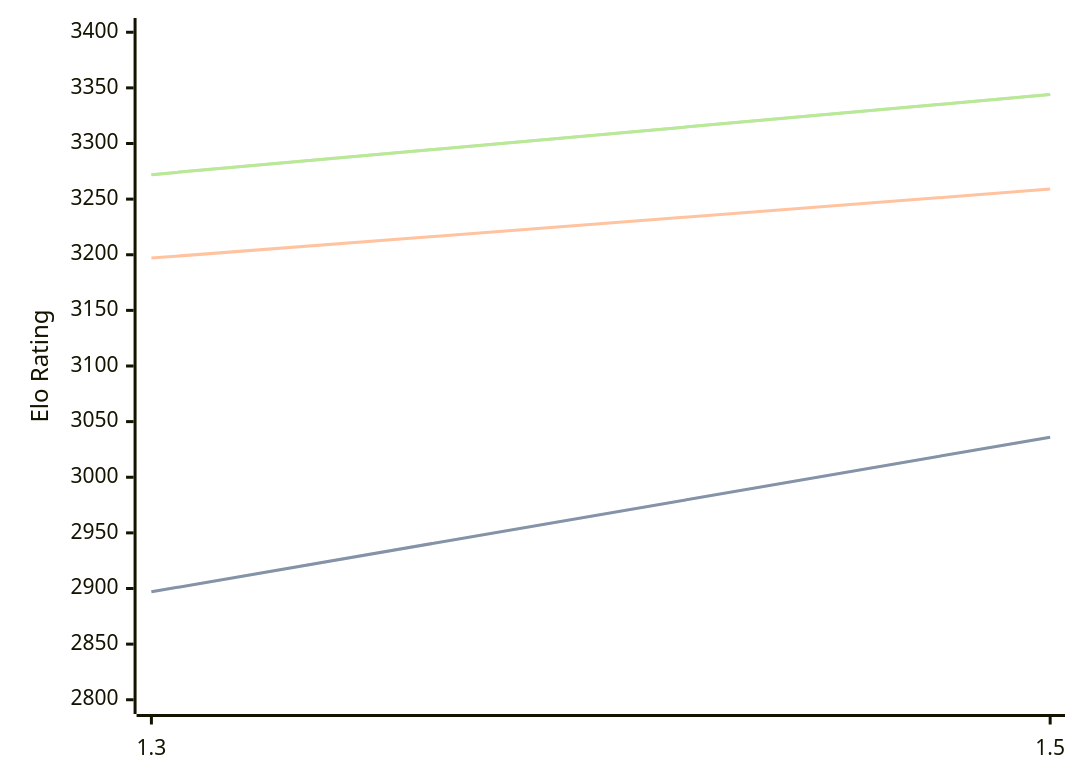
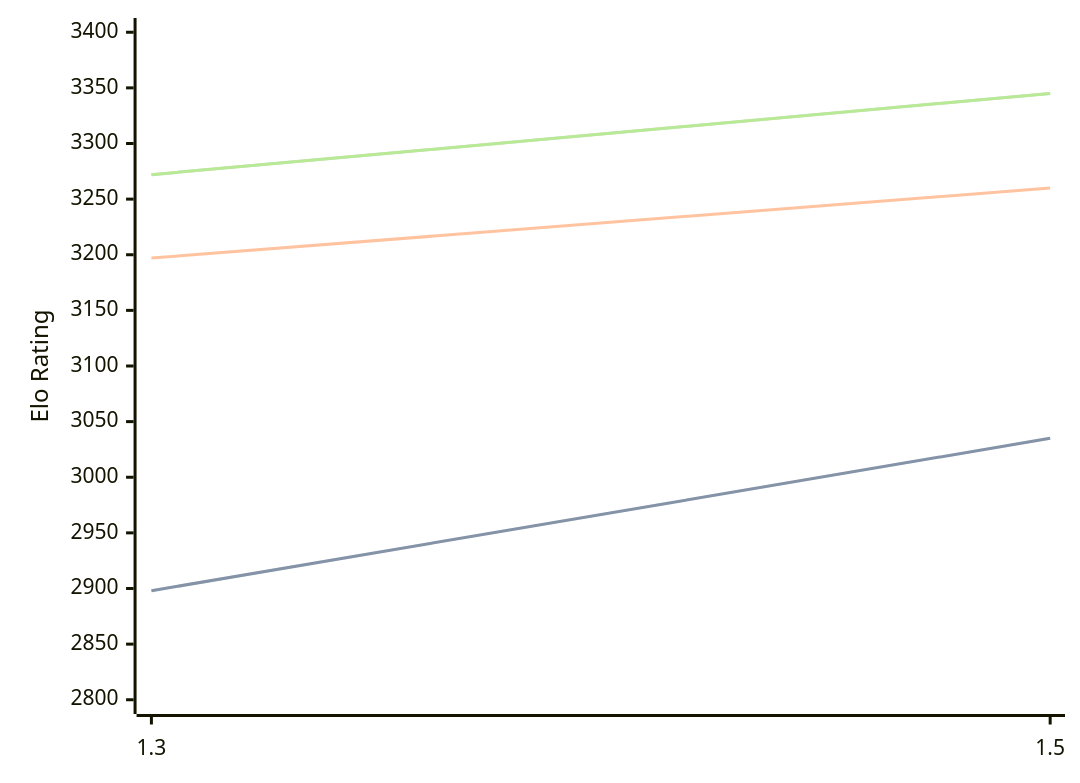
One commit to computer-chess-index/cci changed the diagram in engines/Lambergar.md. Above: the diagram before and after it, drawn with Mermaid. The commit also changed other lines of this file, not shown here.

Commit message:
Update CCI Ratings (ELO VLTC) - 2026-07-20

````diff
--- a/engines/Lambergar.md
+++ b/engines/Lambergar.md
@@ -44,11 +44,11 @@
 ```mermaid
 %%{init: {"theme":"base","themeVariables":{"seriesColors:['#a3a3a3','#222221','#faa371']}}}%%
 xychart-beta
   x-axis ["1.3", "1.5"]
   y-axis "Elo Rating" 2800 --> 3400
-  line "STC (8.0+0.08s)" [2897, 3036]
-  line "STC (8.0+0.08s)" [2897, 3036]
-  line "LTC (60.0+0.60s)" [3197, 3259]
-  line "VLTC (2m24s+1.12s)" [3272, 3344]
-  line "VLTC (2m24s+1.12s)" [3272, 3344]
+  line "STC (8.0+0.08s)" [2898, 3035]
+  line "STC (8.0+0.08s)" [2898, 3035]
+  line "LTC (60.0+0.60s)" [3197, 3260]
+  line "VLTC (2m24s+1.12s)" [3272, 3345]
+  line "VLTC (2m24s+1.12s)" [3272, 3345]
 ```
````
